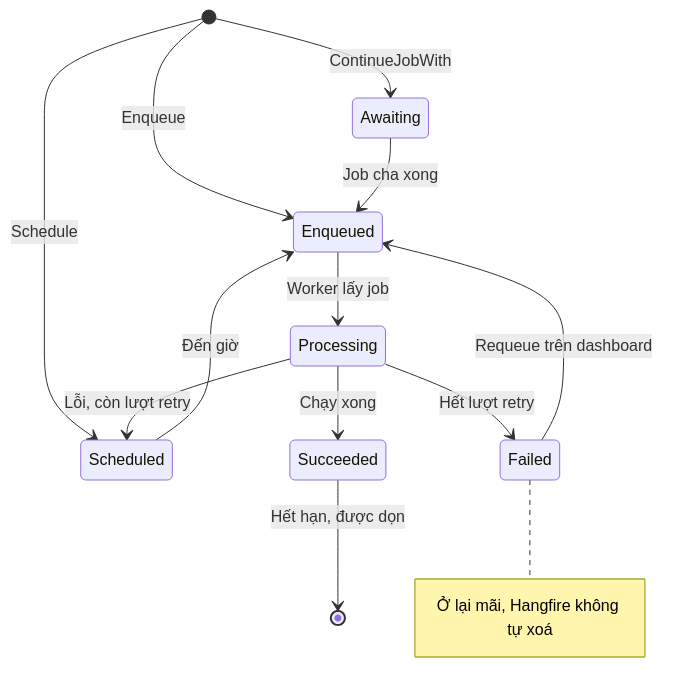
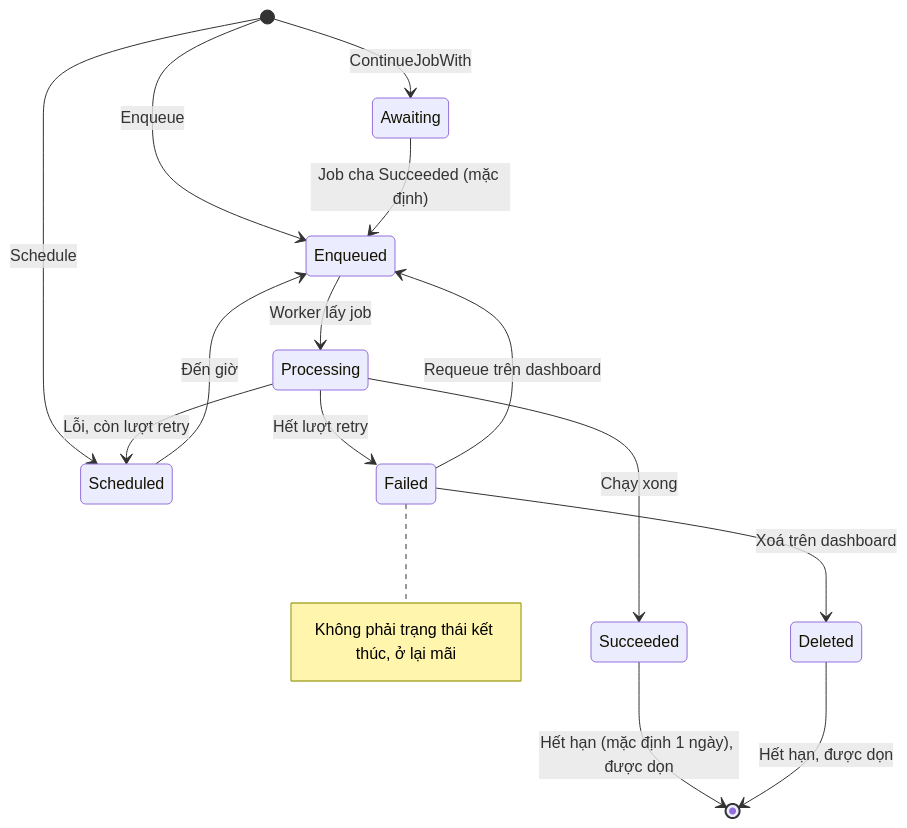
Before and after one commit to TienNHM/tiennhm.github.io: the diagram in docs/09-dotnet-backend-zero-to-senior/stage-04-database-production/module-14-caching-background-jobs/14.6-hangfire-background-jobs.mdx, drawn with Mermaid. The commit also changed other lines of this file and 38 other files, not shown here.

````diff
--- a/docs/09-dotnet-backend-zero-to-senior/stage-04-database-production/module-14-caching-background-jobs/14.6-hangfire-background-jobs.mdx
+++ b/docs/09-dotnet-backend-zero-to-senior/stage-04-database-production/module-14-caching-background-jobs/14.6-hangfire-background-jobs.mdx
@@ -189,15 +189,17 @@
 ```mermaid
 stateDiagram-v2
     [*] --> Enqueued: Enqueue
     [*] --> Scheduled: Schedule
     [*] --> Awaiting: ContinueJobWith
-    Awaiting --> Enqueued: Job cha xong
+    Awaiting --> Enqueued: Job cha Succeeded (mặc định)
     Scheduled --> Enqueued: Đến giờ
     Enqueued --> Processing: Worker lấy job
     Processing --> Succeeded: Chạy xong
     Processing --> Scheduled: Lỗi, còn lượt retry
     Processing --> Failed: Hết lượt retry
     Failed --> Enqueued: Requeue trên dashboard
-    Succeeded --> [*]: Hết hạn, được dọn
-    note right of Failed: Ở lại mãi, Hangfire không tự xoá
+    Failed --> Deleted: Xoá trên dashboard
+    Succeeded --> [*]: Hết hạn (mặc định 1 ngày), được dọn
+    Deleted --> [*]: Hết hạn, được dọn
+    note right of Failed: Không phải trạng thái kết thúc, ở lại mãi
 ```
````
